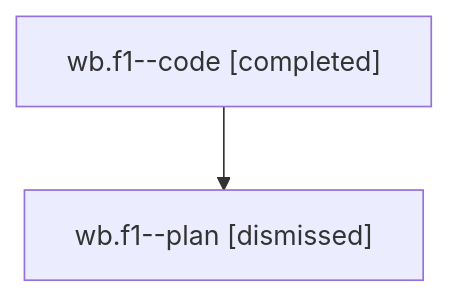
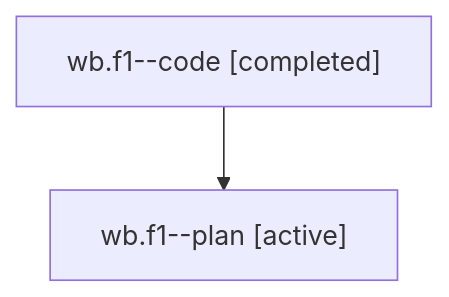
The diagram in families/bbugyi200.athena.wb.f1.md (sase-org/sase--agents), drawn with Mermaid before and after one commit. The commit also changed other lines of this file and 35830 other files, not shown here.

````diff
--- a/families/bbugyi200.athena.wb.f1.md
+++ b/families/bbugyi200.athena.wb.f1.md
@@ -9,6 +9,6 @@
 ```mermaid
 flowchart TD
   n0["wb.f1--code [completed]"]
-  n1["wb.f1--plan [dismissed]"]
+  n1["wb.f1--plan [active]"]
   n0 --> n1
 ```
````
